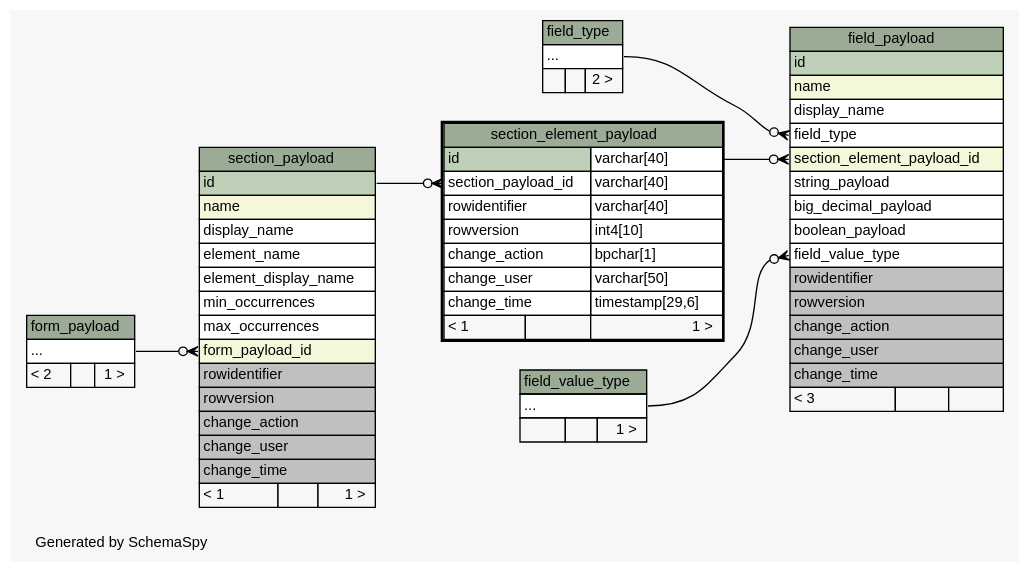
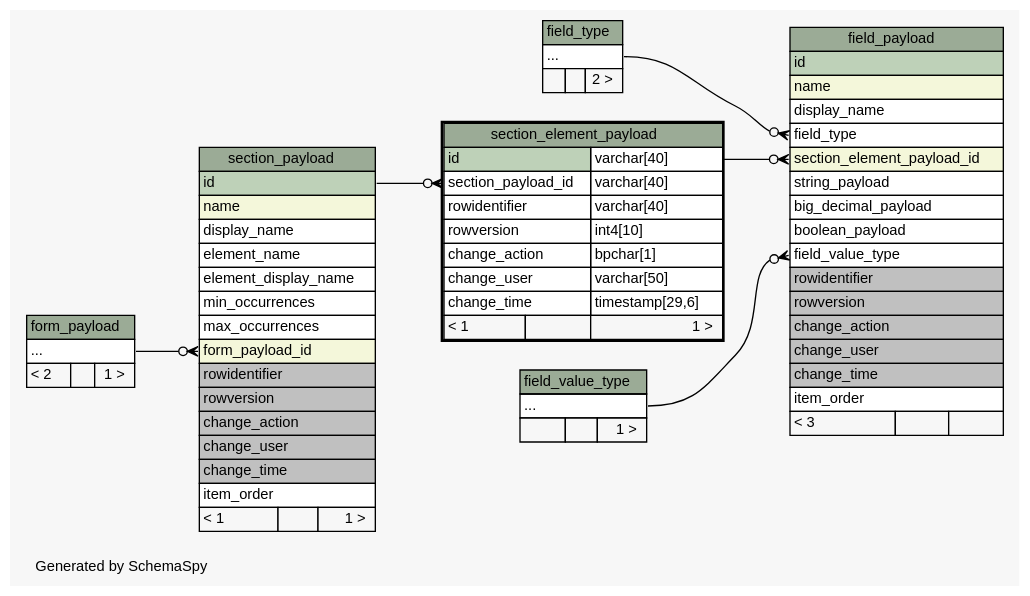
The diagram in doc/opentenure/diagrams/section_element_payload.2degrees.dot (OpenTenure/database), drawn with Graphviz before and after one commit. The commit also changed 370 other files, not shown here.

```diff
--- a/doc/opentenure/diagrams/section_element_payload.2degrees.dot
+++ b/doc/opentenure/diagrams/section_element_payload.2degrees.dot
@@ -1,118 +1,120 @@
 // dot 2.36.0 on Windows 7 6.1
 // SchemaSpy rev 590
 digraph "twoDegreesRelationshipsDiagram" {
   graph [
     rankdir="RL"
     bgcolor="#f7f7f7"
     label="\nGenerated by SchemaSpy"
     labeljust="l"
     nodesep="0.18"
     ranksep="0.46"
     fontname="Helvetica"
     fontsize="11"
   ];
   node [
     fontname="Helvetica"
     fontsize="11"
     shape="plaintext"
   ];
   edge [
     arrowsize="0.8"
   ];
   "field_payload":"field_type":w -> "field_type":"elipses":e [arrowhead=none dir=back arrowtail=crowodot];
   "field_payload":"field_value_type":w -> "field_value_type":"elipses":e [arrowhead=none dir=back arrowtail=crowodot];
   "field_payload":"section_element_payload_id":w -> "section_element_payload":"id.type":e [arrowhead=none dir=back arrowtail=crowodot];
   "section_element_payload":"section_payload_id":w -> "section_payload":"id":e [arrowhead=none dir=back arrowtail=crowodot];
   "section_payload":"form_payload_id":w -> "form_payload":"elipses":e [arrowhead=none dir=back arrowtail=crowodot];
   "field_payload" [
     label=<
     <TABLE BORDER="0" CELLBORDER="1" CELLSPACING="0" BGCOLOR="#ffffff">
       <TR><TD COLSPAN="3" BGCOLOR="#9bab96" ALIGN="CENTER">field_payload</TD></TR>
       <TR><TD PORT="id" COLSPAN="3" BGCOLOR="#bed1b8" ALIGN="LEFT">id</TD></TR>
       <TR><TD PORT="name" COLSPAN="3" BGCOLOR="#f4f7da" ALIGN="LEFT">name</TD></TR>
       <TR><TD PORT="display_name" COLSPAN="3" ALIGN="LEFT">display_name</TD></TR>
       <TR><TD PORT="field_type" COLSPAN="3" ALIGN="LEFT">field_type</TD></TR>
       <TR><TD PORT="section_element_payload_id" COLSPAN="3" BGCOLOR="#f4f7da" ALIGN="LEFT">section_element_payload_id</TD></TR>
       <TR><TD PORT="string_payload" COLSPAN="3" ALIGN="LEFT">string_payload</TD></TR>
       <TR><TD PORT="big_decimal_payload" COLSPAN="3" ALIGN="LEFT">big_decimal_payload</TD></TR>
       <TR><TD PORT="boolean_payload" COLSPAN="3" ALIGN="LEFT">boolean_payload</TD></TR>
       <TR><TD PORT="field_value_type" COLSPAN="3" ALIGN="LEFT">field_value_type</TD></TR>
       <TR><TD PORT="rowidentifier" COLSPAN="3" BGCOLOR="#c0c0c0" ALIGN="LEFT">rowidentifier</TD></TR>
       <TR><TD PORT="rowversion" COLSPAN="3" BGCOLOR="#c0c0c0" ALIGN="LEFT">rowversion</TD></TR>
       <TR><TD PORT="change_action" COLSPAN="3" BGCOLOR="#c0c0c0" ALIGN="LEFT">change_action</TD></TR>
       <TR><TD PORT="change_user" COLSPAN="3" BGCOLOR="#c0c0c0" ALIGN="LEFT">change_user</TD></TR>
       <TR><TD PORT="change_time" COLSPAN="3" BGCOLOR="#c0c0c0" ALIGN="LEFT">change_time</TD></TR>
+      <TR><TD PORT="item_order" COLSPAN="3" ALIGN="LEFT">item_order</TD></TR>
       <TR><TD ALIGN="LEFT" BGCOLOR="#f7f7f7">&lt; 3</TD><TD ALIGN="RIGHT" BGCOLOR="#f7f7f7">  </TD><TD ALIGN="RIGHT" BGCOLOR="#f7f7f7">  </TD></TR>
     </TABLE>>
     URL="field_payload.html"
     tooltip="field_payload"
   ];
   "field_type" [
     label=<
     <TABLE BORDER="0" CELLBORDER="1" CELLSPACING="0" BGCOLOR="#ffffff">
       <TR><TD COLSPAN="3" BGCOLOR="#9bab96" ALIGN="CENTER">field_type</TD></TR>
       <TR><TD PORT="elipses" COLSPAN="3" ALIGN="LEFT">...</TD></TR>
       <TR><TD ALIGN="LEFT" BGCOLOR="#f7f7f7">  </TD><TD ALIGN="RIGHT" BGCOLOR="#f7f7f7">  </TD><TD ALIGN="RIGHT" BGCOLOR="#f7f7f7">2 &gt;</TD></TR>
     </TABLE>>
     URL="field_type.html"
     tooltip="field_type"
   ];
   "field_value_type" [
     label=<
     <TABLE BORDER="0" CELLBORDER="1" CELLSPACING="0" BGCOLOR="#ffffff">
       <TR><TD COLSPAN="3" BGCOLOR="#9bab96" ALIGN="CENTER">field_value_type</TD></TR>
       <TR><TD PORT="elipses" COLSPAN="3" ALIGN="LEFT">...</TD></TR>
       <TR><TD ALIGN="LEFT" BGCOLOR="#f7f7f7">  </TD><TD ALIGN="RIGHT" BGCOLOR="#f7f7f7">  </TD><TD ALIGN="RIGHT" BGCOLOR="#f7f7f7">1 &gt;</TD></TR>
     </TABLE>>
     URL="field_value_type.html"
     tooltip="field_value_type"
   ];
   "form_payload" [
     label=<
     <TABLE BORDER="0" CELLBORDER="1" CELLSPACING="0" BGCOLOR="#ffffff">
       <TR><TD COLSPAN="3" BGCOLOR="#9bab96" ALIGN="CENTER">form_payload</TD></TR>
       <TR><TD PORT="elipses" COLSPAN="3" ALIGN="LEFT">...</TD></TR>
       <TR><TD ALIGN="LEFT" BGCOLOR="#f7f7f7">&lt; 2</TD><TD ALIGN="RIGHT" BGCOLOR="#f7f7f7">  </TD><TD ALIGN="RIGHT" BGCOLOR="#f7f7f7">1 &gt;</TD></TR>
     </TABLE>>
     URL="form_payload.html"
     tooltip="form_payload"
   ];
   "section_element_payload" [
     label=<
     <TABLE BORDER="2" CELLBORDER="1" CELLSPACING="0" BGCOLOR="#ffffff">
       <TR><TD COLSPAN="3" BGCOLOR="#9bab96" ALIGN="CENTER">section_element_payload</TD></TR>
       <TR><TD PORT="id" COLSPAN="2" BGCOLOR="#bed1b8" ALIGN="LEFT">id</TD><TD PORT="id.type" ALIGN="LEFT">varchar[40]</TD></TR>
       <TR><TD PORT="section_payload_id" COLSPAN="2" ALIGN="LEFT">section_payload_id</TD><TD PORT="section_payload_id.type" ALIGN="LEFT">varchar[40]</TD></TR>
       <TR><TD PORT="rowidentifier" COLSPAN="2" ALIGN="LEFT">rowidentifier</TD><TD PORT="rowidentifier.type" ALIGN="LEFT">varchar[40]</TD></TR>
       <TR><TD PORT="rowversion" COLSPAN="2" ALIGN="LEFT">rowversion</TD><TD PORT="rowversion.type" ALIGN="LEFT">int4[10]</TD></TR>
       <TR><TD PORT="change_action" COLSPAN="2" ALIGN="LEFT">change_action</TD><TD PORT="change_action.type" ALIGN="LEFT">bpchar[1]</TD></TR>
       <TR><TD PORT="change_user" COLSPAN="2" ALIGN="LEFT">change_user</TD><TD PORT="change_user.type" ALIGN="LEFT">varchar[50]</TD></TR>
       <TR><TD PORT="change_time" COLSPAN="2" ALIGN="LEFT">change_time</TD><TD PORT="change_time.type" ALIGN="LEFT">timestamp[29,6]</TD></TR>
       <TR><TD ALIGN="LEFT" BGCOLOR="#f7f7f7">&lt; 1</TD><TD ALIGN="RIGHT" BGCOLOR="#f7f7f7">  </TD><TD ALIGN="RIGHT" BGCOLOR="#f7f7f7">1 &gt;</TD></TR>
     </TABLE>>
     URL="section_element_payload.html"
     tooltip="section_element_payload"
   ];
   "section_payload" [
     label=<
     <TABLE BORDER="0" CELLBORDER="1" CELLSPACING="0" BGCOLOR="#ffffff">
       <TR><TD COLSPAN="3" BGCOLOR="#9bab96" ALIGN="CENTER">section_payload</TD></TR>
       <TR><TD PORT="id" COLSPAN="3" BGCOLOR="#bed1b8" ALIGN="LEFT">id</TD></TR>
       <TR><TD PORT="name" COLSPAN="3" BGCOLOR="#f4f7da" ALIGN="LEFT">name</TD></TR>
       <TR><TD PORT="display_name" COLSPAN="3" ALIGN="LEFT">display_name</TD></TR>
       <TR><TD PORT="element_name" COLSPAN="3" ALIGN="LEFT">element_name</TD></TR>
       <TR><TD PORT="element_display_name" COLSPAN="3" ALIGN="LEFT">element_display_name</TD></TR>
       <TR><TD PORT="min_occurrences" COLSPAN="3" ALIGN="LEFT">min_occurrences</TD></TR>
       <TR><TD PORT="max_occurrences" COLSPAN="3" ALIGN="LEFT">max_occurrences</TD></TR>
       <TR><TD PORT="form_payload_id" COLSPAN="3" BGCOLOR="#f4f7da" ALIGN="LEFT">form_payload_id</TD></TR>
       <TR><TD PORT="rowidentifier" COLSPAN="3" BGCOLOR="#c0c0c0" ALIGN="LEFT">rowidentifier</TD></TR>
       <TR><TD PORT="rowversion" COLSPAN="3" BGCOLOR="#c0c0c0" ALIGN="LEFT">rowversion</TD></TR>
       <TR><TD PORT="change_action" COLSPAN="3" BGCOLOR="#c0c0c0" ALIGN="LEFT">change_action</TD></TR>
       <TR><TD PORT="change_user" COLSPAN="3" BGCOLOR="#c0c0c0" ALIGN="LEFT">change_user</TD></TR>
       <TR><TD PORT="change_time" COLSPAN="3" BGCOLOR="#c0c0c0" ALIGN="LEFT">change_time</TD></TR>
+      <TR><TD PORT="item_order" COLSPAN="3" ALIGN="LEFT">item_order</TD></TR>
       <TR><TD ALIGN="LEFT" BGCOLOR="#f7f7f7">&lt; 1</TD><TD ALIGN="RIGHT" BGCOLOR="#f7f7f7">  </TD><TD ALIGN="RIGHT" BGCOLOR="#f7f7f7">1 &gt;</TD></TR>
     </TABLE>>
     URL="section_payload.html"
     tooltip="section_payload"
   ];
 }
```
